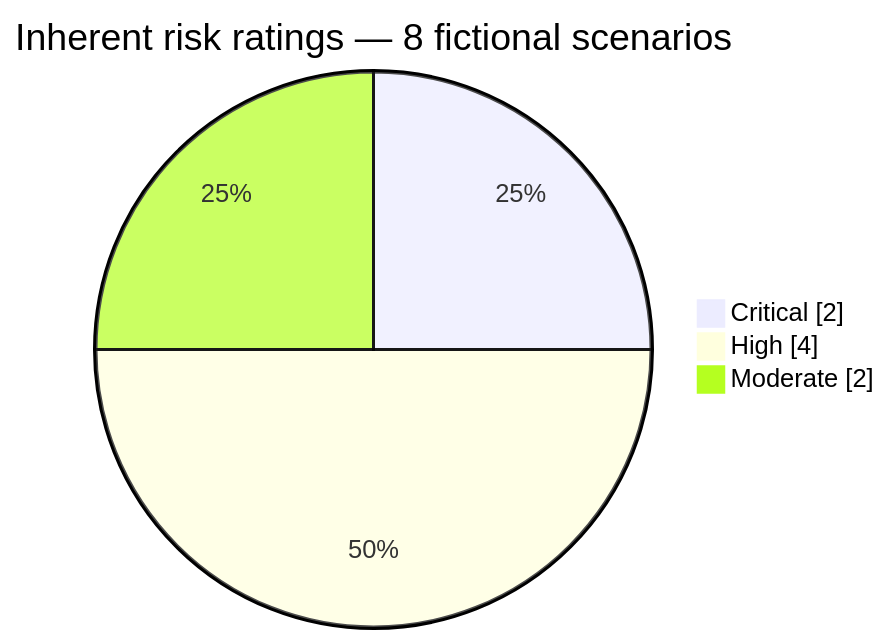
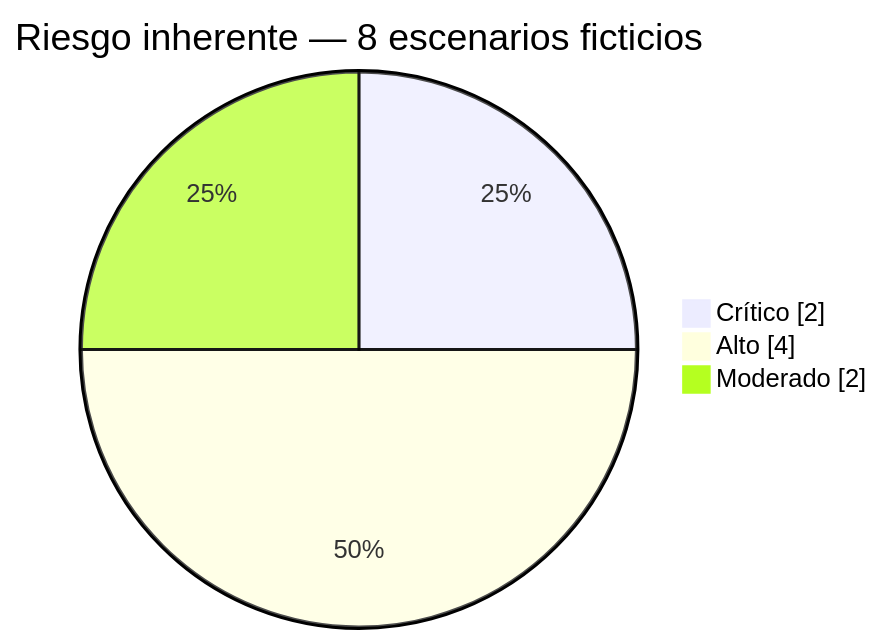
Before and after one commit to fefemora/it-portfolio-es: the diagram in Information-Security/Enterprise-Risk-Assessment/risk-register/risk-register.md, drawn with Mermaid. The commit also changed other lines of this file, not shown here.

Commit message:
docs(es): translate asset inventory and risk register with Mermaid chart

````diff
--- a/Information-Security/Enterprise-Risk-Assessment/risk-register/risk-register.md
+++ b/Information-Security/Enterprise-Risk-Assessment/risk-register/risk-register.md
@@ -65,7 +65,7 @@
 ```mermaid
 pie showData
-    title Inherent risk ratings — 8 fictional scenarios
-    "Critical" : 2
-    "High" : 4
-    "Moderate" : 2
+    title Riesgo inherente — 8 escenarios ficticios
+    "Crítico" : 2
+    "Alto" : 4
+    "Moderado" : 2
 ```
````
